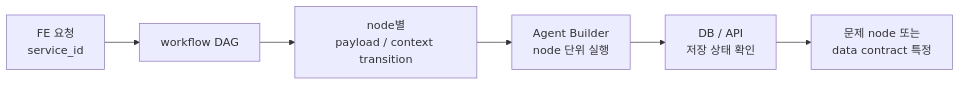
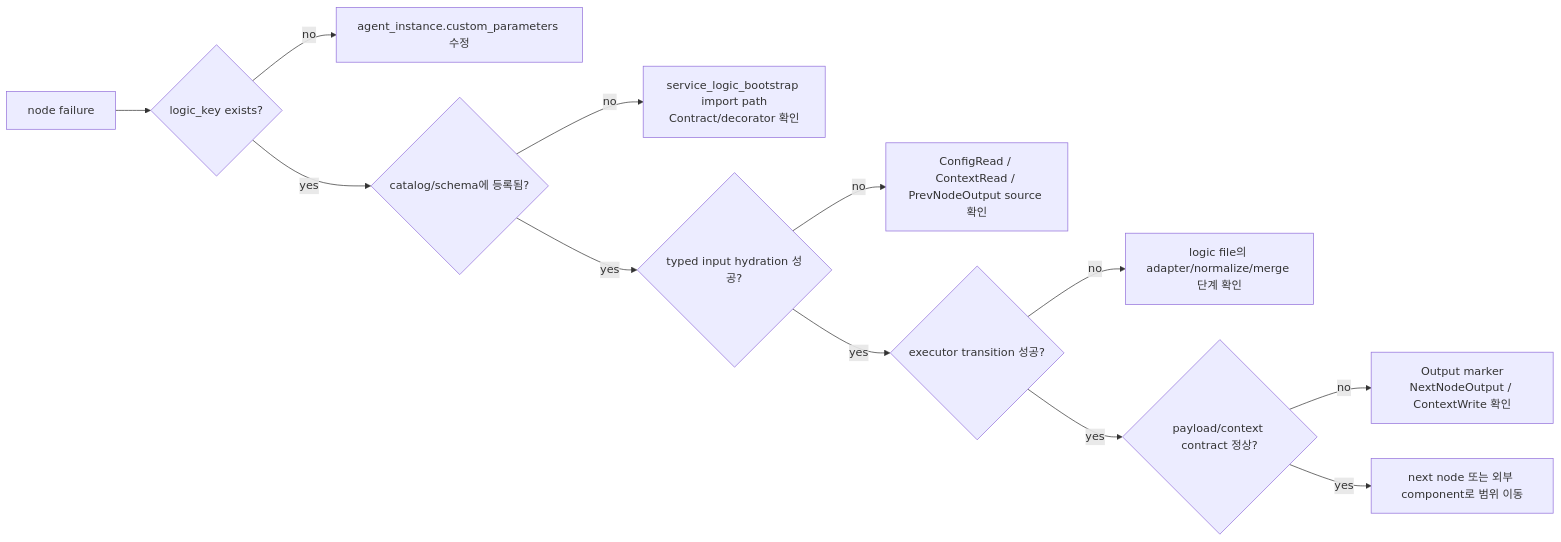
The eighth of 8 diagrams in README.md (djoo-lgcns/dotfiles), drawn with Mermaid before and after one commit. The commit also changed other lines of this file, not shown here.

````diff
--- a/README.md
+++ b/README.md
@@ -629,8 +422,14 @@
 ```mermaid
 flowchart LR
-  A["FE 요청<br/>service_id"] --> B["workflow DAG"]
-  B --> C["node별<br/>payload / context transition"]
-  C --> D["Agent Builder<br/>node 단위 실행"]
-  D --> E["DB / API<br/>저장 상태 확인"]
-  E --> F["문제 node 또는<br/>data contract 특정"]
+  A["node failure"] --> B{"logic_key exists?"}
+  B -->|no| B1["agent_instance.custom_parameters 수정"]
+  B -->|yes| C{"catalog/schema에 등록됨?"}
+  C -->|no| C1["service_logic_bootstrap import path<br/>Contract/decorator 확인"]
+  C -->|yes| D{"typed input hydration 성공?"}
+  D -->|no| D1["ConfigRead / ContextRead / PrevNodeOutput source 확인"]
+  D -->|yes| E{"executor transition 성공?"}
+  E -->|no| E1["logic file의 adapter/normalize/merge 단계 확인"]
+  E -->|yes| F{"payload/context contract 정상?"}
+  F -->|no| F1["Output marker<br/>NextNodeOutput / ContextWrite 확인"]
+  F -->|yes| G["next node 또는 외부 component로 범위 이동"]
 ```
````
